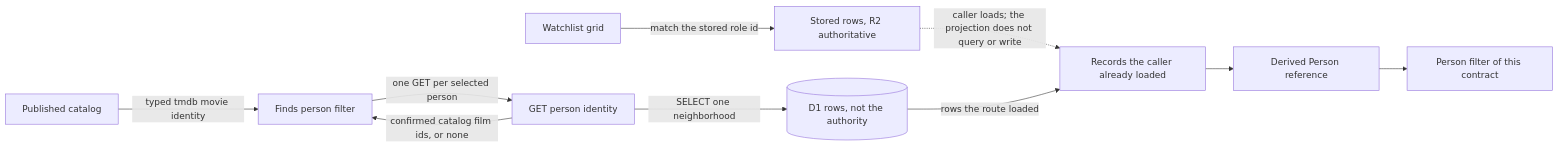
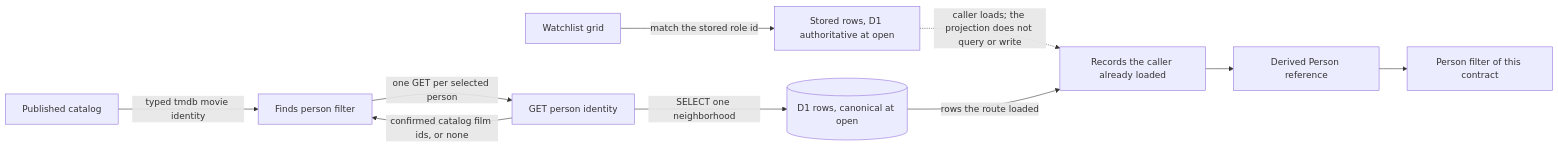
Before and after one commit to vladimino/iptv-watchlist: the second of 6 diagrams in docs/architecture/film-person-lifecycle.md, drawn with Mermaid. The commit also changed other lines of this file and 5 other files, not shown here.

First line of the commit message:
docs: reconcile current Film/Person diagrams with d1/open

````diff
--- a/docs/architecture/film-person-lifecycle.md
+++ b/docs/architecture/film-person-lifecycle.md
@@ -36,20 +36,20 @@
 ```mermaid
 flowchart LR
   loaded["Records the caller already loaded"]
   derived["Derived Person reference"]
   filters["Person filter of this contract"]
-  stored["Stored rows, R2 authoritative"]
+  stored["Stored rows, D1 authoritative at open"]
   grid["Watchlist grid"]
   finds["Finds person filter"]
   catalog["Published catalog"]
   identity["GET person identity"]
-  d1rows[("D1 rows, not the authority")]
+  d1rows[("D1 rows, canonical at open")]
   loaded --> derived --> filters
   stored -.->|caller loads; the projection does not query or write| loaded
   grid -->|match the stored role id| stored
   finds -->|one GET per selected person| identity
   identity -->|SELECT one neighborhood| d1rows
   d1rows -->|rows the route loaded| loaded
   identity -->|confirmed catalog film ids, or none| finds
   catalog -->|typed tmdb movie identity| finds
 ```
````
